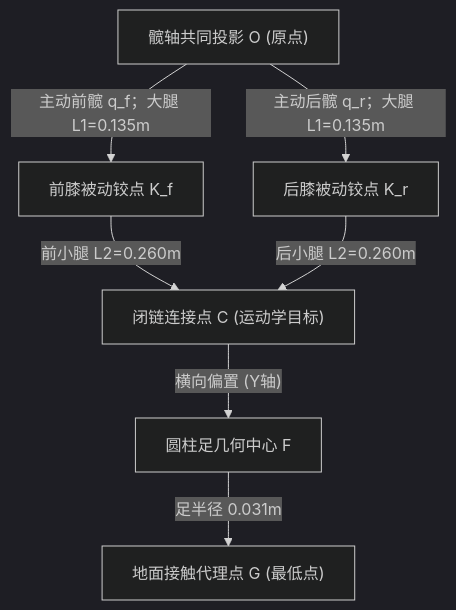
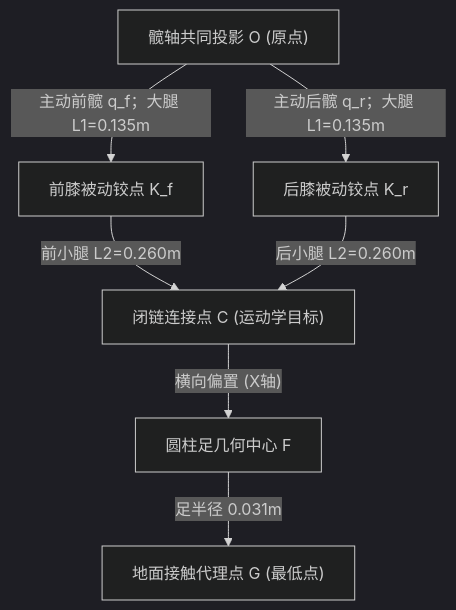
One commit to shirohapantsu/2027_ROBOCON_DOG changed the diagram in docs/leg_kinematics.md. Above: the diagram before and after it, drawn with Mermaid (dark theme). The commit also changed other lines of this file and 627 other files, not shown here.

````diff
--- a/docs/leg_kinematics.md
+++ b/docs/leg_kinematics.md
@@ -30,9 +30,9 @@
 ```mermaid
 flowchart TD
     O["髋轴共同投影 O (原点)"] -->|"主动前髋 q_f；大腿 L1=0.135m"| KF["前膝被动铰点 K_f"]
     O -->|"主动后髋 q_r；大腿 L1=0.135m"| KR["后膝被动铰点 K_r"]
     KF -->|"前小腿 L2=0.260m"| C["闭链连接点 C (运动学目标)"]
     KR -->|"后小腿 L2=0.260m"| C
-    C -->|"横向偏置 (Y轴)"| F["圆柱足几何中心 F"]
+    C -->|"横向偏置 (X轴)"| F["圆柱足几何中心 F"]
     F -->|"足半径 0.031m"| G["地面接触代理点 G (最低点)"]
 ```
````
